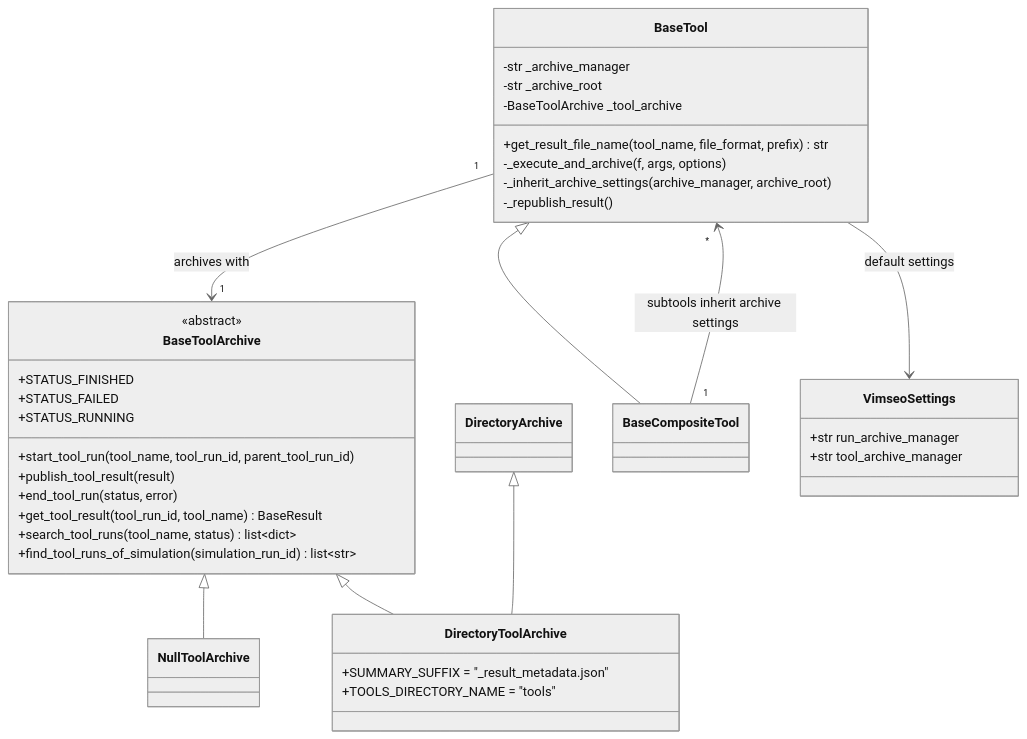
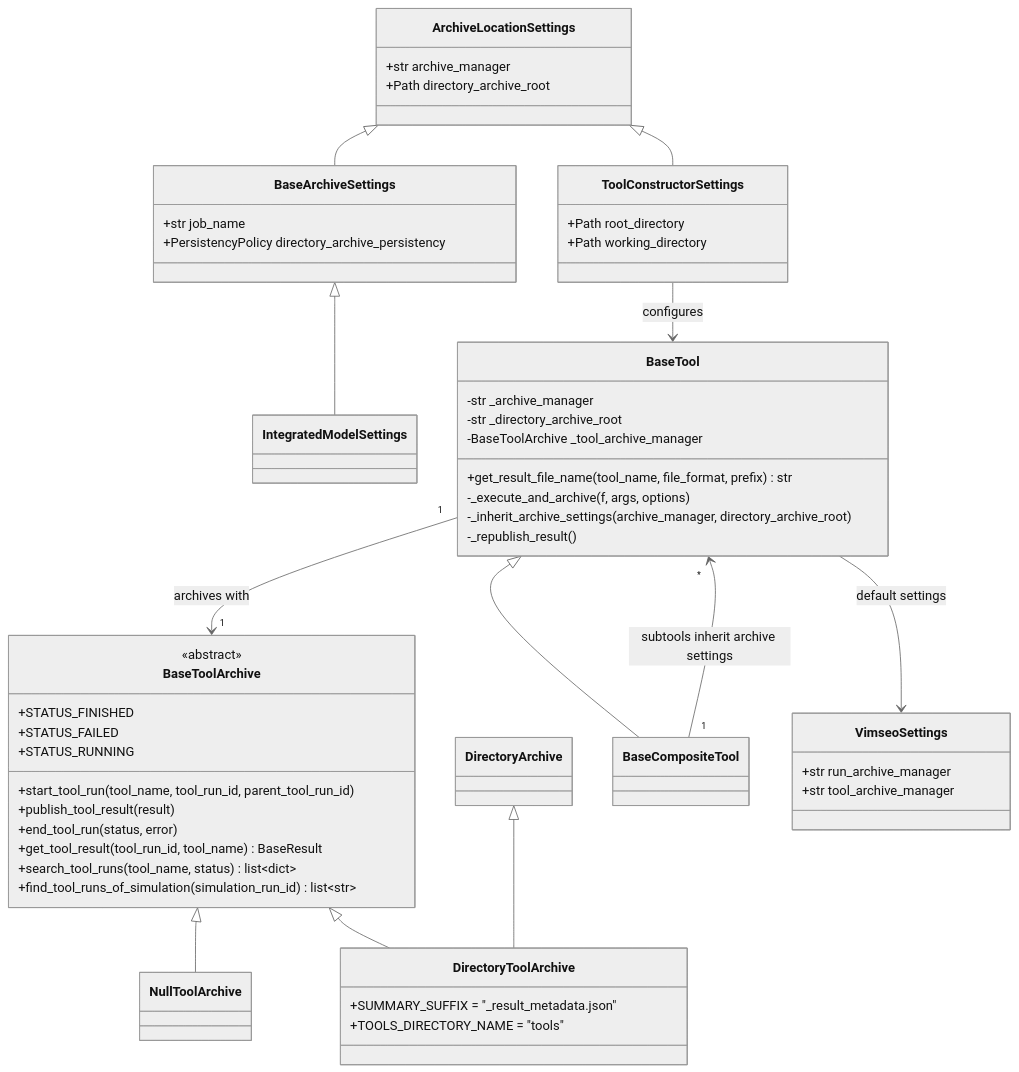
One commit to SebastienBocquet/vimseo changed the diagram in spdd/prompt/SPEC-004-202610091121-[Feat]-storage-tool-results-archive-in-directories.md. Above: the diagram before and after it, drawn with Mermaid (neutral theme). The commit also changed other lines of this file and 10 other files, not shown here.

````diff
--- a/spdd/prompt/SPEC-004-202610091121-[Feat]-storage-tool-results-archive-in-directories.md
+++ b/spdd/prompt/SPEC-004-202610091121-[Feat]-storage-tool-results-archive-in-directories.md
@@ -40,48 +70,66 @@
 ```mermaid
 classDiagram
 direction TB
 
 class BaseToolArchive {
     <<abstract>>
     +STATUS_FINISHED
     +STATUS_FAILED
     +STATUS_RUNNING
     +start_tool_run(tool_name, tool_run_id, parent_tool_run_id)
     +publish_tool_result(result)
     +end_tool_run(status, error)
     +get_tool_result(tool_run_id, tool_name) BaseResult
     +search_tool_runs(tool_name, status) list~dict~
     +find_tool_runs_of_simulation(simulation_run_id) list~str~
 }
 
 class NullToolArchive
 class DirectoryToolArchive {
     +SUMMARY_SUFFIX = "_result_metadata.json"
     +TOOLS_DIRECTORY_NAME = "tools"
 }
 class DirectoryArchive
 
+class ArchiveLocationSettings {
+    +str archive_manager
+    +Path directory_archive_root
+}
+class BaseArchiveSettings {
+    +str job_name
+    +PersistencyPolicy directory_archive_persistency
+}
+class IntegratedModelSettings
+class ToolConstructorSettings {
+    +Path root_directory
+    +Path working_directory
+}
+
 class BaseTool {
     -str _archive_manager
-    -str _archive_root
-    -BaseToolArchive _tool_archive
+    -str _directory_archive_root
+    -BaseToolArchive _tool_archive_manager
     +get_result_file_name(tool_name, file_format, prefix) str
     -_execute_and_archive(f, args, options)
-    -_inherit_archive_settings(archive_manager, archive_root)
+    -_inherit_archive_settings(archive_manager, directory_archive_root)
     -_republish_result()
 }
 
 class BaseCompositeTool
 class VimseoSettings {
     +str run_archive_manager
     +str tool_archive_manager
 }
 
+ArchiveLocationSettings <|-- BaseArchiveSettings
+BaseArchiveSettings <|-- IntegratedModelSettings
+ArchiveLocationSettings <|-- ToolConstructorSettings
+ToolConstructorSettings --> BaseTool : configures
 BaseToolArchive <|-- NullToolArchive
 BaseToolArchive <|-- DirectoryToolArchive
 DirectoryArchive <|-- DirectoryToolArchive
 BaseTool <|-- BaseCompositeTool
 BaseTool "1" --> "1" BaseToolArchive : archives with
 BaseCompositeTool "1" --> "*" BaseTool : subtools inherit archive settings
 BaseTool --> VimseoSettings : default settings
 ```
````
